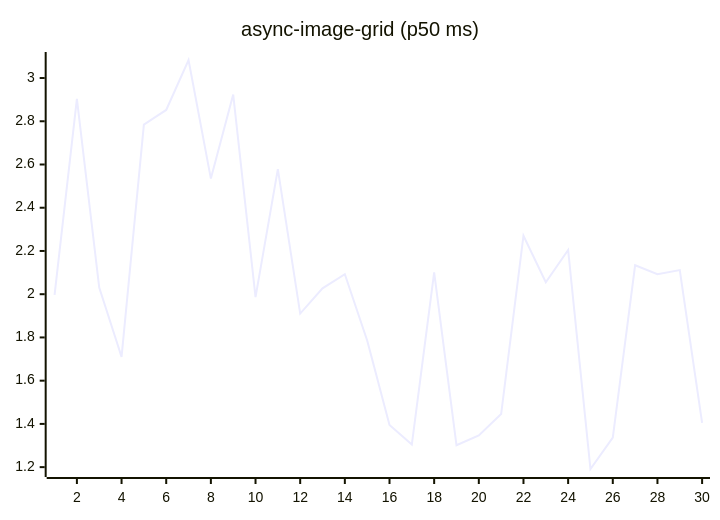
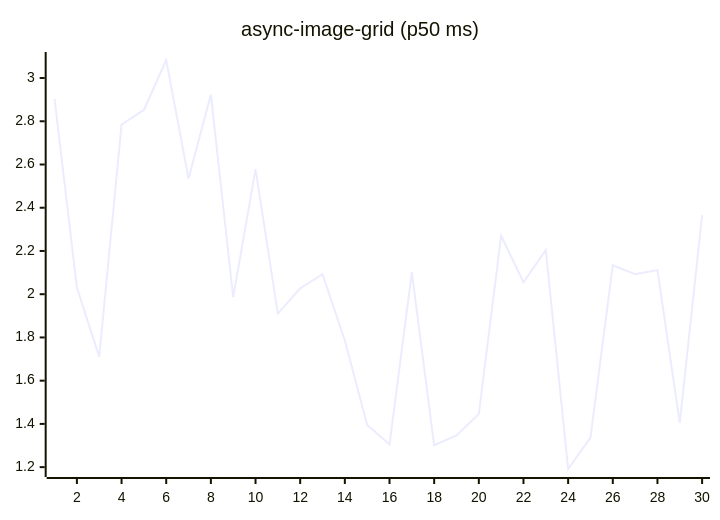
Before and after one commit to josha/Facet: the fifth of 27 diagrams in README.md, drawn with Mermaid. The commit also changed other lines of this file and 2 other files, not shown here.

````diff
--- a/README.md
+++ b/README.md
@@ -91,6 +91,6 @@
 ```mermaid
 xychart-beta
     title "async-image-grid (p50 ms)"
     x-axis 1 --> 30
-    line [1.9964, 2.9032, 2.0307, 1.7099, 2.7848, 2.8523, 3.0834, 2.5349, 2.9237, 1.9862, 2.5787, 1.9102, 2.0270, 2.0924, 1.7862, 1.3954, 1.3043, 2.1007, 1.3011, 1.3467, 1.4457, 2.2705, 2.0555, 2.2044, 1.1914, 1.3367, 2.1339, 2.0928, 2.1114, 1.4048]
+    line [2.9032, 2.0307, 1.7099, 2.7848, 2.8523, 3.0834, 2.5349, 2.9237, 1.9862, 2.5787, 1.9102, 2.0270, 2.0924, 1.7862, 1.3954, 1.3043, 2.1007, 1.3011, 1.3467, 1.4457, 2.2705, 2.0555, 2.2044, 1.1914, 1.3367, 2.1339, 2.0928, 2.1114, 1.4048, 2.3659]
 ```
````
